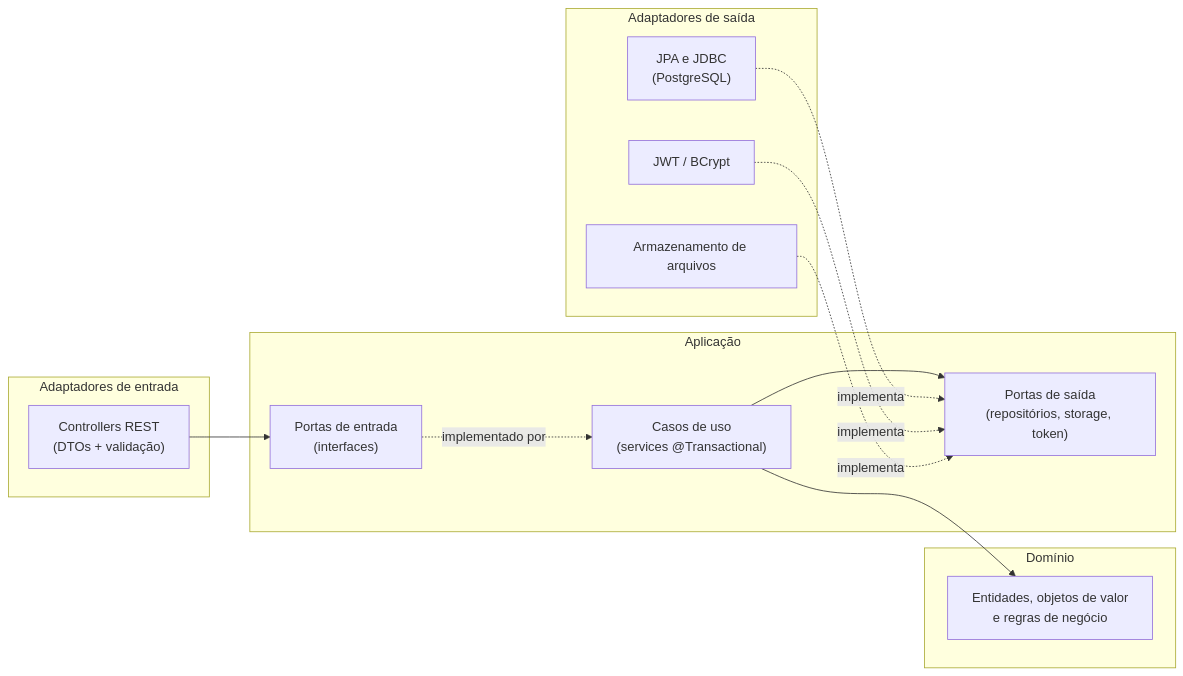
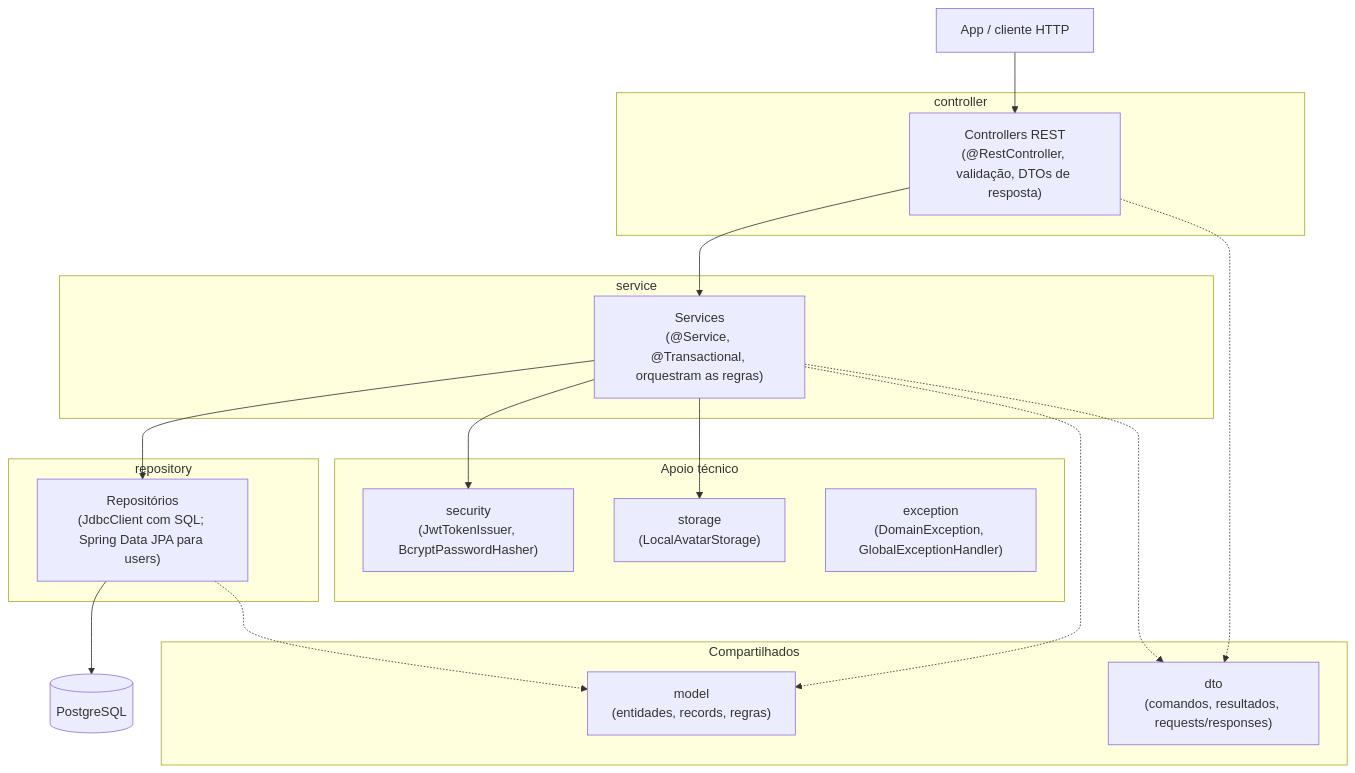
The first of 8 diagrams in docs/06-arquitetura-e-classes.md (MarcioFerreiraL/clinics-backend), drawn with Mermaid before and after one commit. The commit also changed other lines of this file and 1 other file, not shown here.

First line of the commit message:
docs: arquitetura em camadas e diagramas atualizados

````diff
--- a/docs/06-arquitetura-e-classes.md
+++ b/docs/06-arquitetura-e-classes.md
@@ -7,26 +7,33 @@
 ```mermaid
-flowchart LR
-    subgraph IN["Adaptadores de entrada"]
-        REST["Controllers REST<br/>(DTOs + validação)"]
+flowchart TB
+    CLI["App / cliente HTTP"]
+    subgraph CTRL["controller"]
+        REST["Controllers REST<br/>(@RestController, validação, DTOs de resposta)"]
     end
-    subgraph APP["Aplicação"]
-        UCS["Casos de uso<br/>(services @Transactional)"]
-        PIN["Portas de entrada<br/>(interfaces)"]
-        POUT["Portas de saída<br/>(repositórios, storage, token)"]
+    subgraph SVC["service"]
+        S["Services<br/>(@Service, @Transactional, orquestram as regras)"]
     end
-    subgraph DOM["Domínio"]
-        ENT["Entidades, objetos de valor<br/>e regras de negócio"]
+    subgraph REPO["repository"]
+        R["Repositórios<br/>(JdbcClient com SQL; Spring Data JPA para users)"]
     end
-    subgraph OUT["Adaptadores de saída"]
-        JPA["JPA e JDBC<br/>(PostgreSQL)"]
-        SEC["JWT / BCrypt"]
-        STO["Armazenamento de arquivos"]
+    DB[("PostgreSQL")]
+    subgraph SHARED["Compartilhados"]
+        M["model<br/>(entidades, records, regras)"]
+        D["dto<br/>(comandos, resultados, requests/responses)"]
     end
-    REST --> PIN
-    PIN -. implementado por .-> UCS
-    UCS --> ENT
-    UCS --> POUT
-    JPA -. implementa .-> POUT
-    SEC -. implementa .-> POUT
-    STO -. implementa .-> POUT
+    subgraph APOIO["Apoio técnico"]
+        SEC["security<br/>(JwtTokenIssuer, BcryptPasswordHasher)"]
+        STO["storage<br/>(LocalAvatarStorage)"]
+        EXC["exception<br/>(DomainException, GlobalExceptionHandler)"]
+    end
+    CLI --> REST
+    REST --> S
+    S --> R
+    R --> DB
+    S --> SEC
+    S --> STO
+    REST -.-> D
+    S -.-> M
+    S -.-> D
+    R -.-> M
 ```
````
